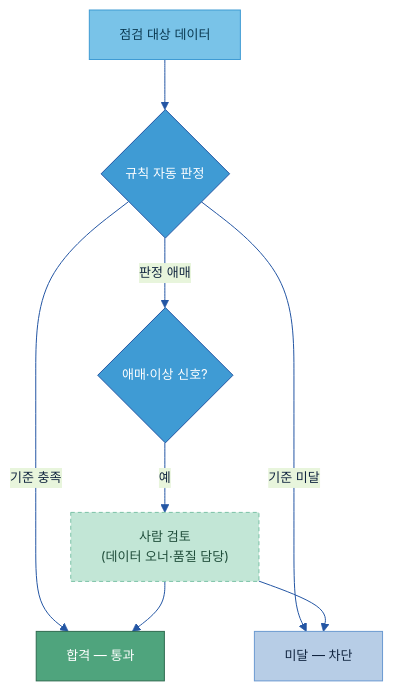
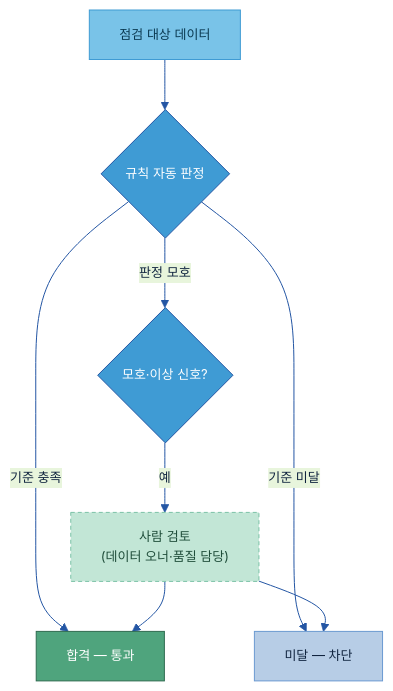
Before and after one commit to jin-kearney/ai-ready-data-manual: the fourth of 5 diagrams in 가이드 작성/C-2 데이터 품질 관리/C-2 데이터 품질 관리.md, drawn with Mermaid. The commit also changed other lines of this file, not shown here.

````diff
--- a/가이드 작성/C-2 데이터 품질 관리/C-2 데이터 품질 관리.md
+++ b/가이드 작성/C-2 데이터 품질 관리/C-2 데이터 품질 관리.md
@@ -321,22 +321,22 @@
 ```mermaid
 %%{init: {'theme':'base','themeVariables':{'primaryColor':'#DCE8F5','primaryBorderColor':'#2456A4','primaryTextColor':'#10243f','lineColor':'#2456A4','fontSize':'13px'}}}%%
 flowchart TB
     IN["점검 대상 데이터"]:::src
     R{"규칙 자동 판정"}:::gate
     PASS["합격 — 통과"]:::loop
     FAIL["미달 — 차단"]:::n
-    AMB{"애매·이상 신호?"}:::gate
+    AMB{"모호·이상 신호?"}:::gate
     HUMAN["사람 검토<br/>(데이터 오너·품질 담당)"]:::cross
     IN --> R
     R -->|기준 충족| PASS
     R -->|기준 미달| FAIL
-    R -->|판정 애매| AMB
+    R -->|판정 모호| AMB
     AMB -->|예| HUMAN
     HUMAN --> PASS
     HUMAN --> FAIL
     classDef n fill:#B7CDE6,stroke:#6B9AD1,color:#10243f;
     classDef src fill:#79C3E8,stroke:#3F9BD4,color:#0b3a52;
     classDef gate fill:#3F9BD4,stroke:#2456A4,color:#fff;
     classDef loop fill:#4FA47D,stroke:#2f6b50,color:#fff;
     classDef cross fill:#C2E6D6,stroke:#7CC2A7,color:#1f4d3a,stroke-dasharray:4 3;
 ```
````
